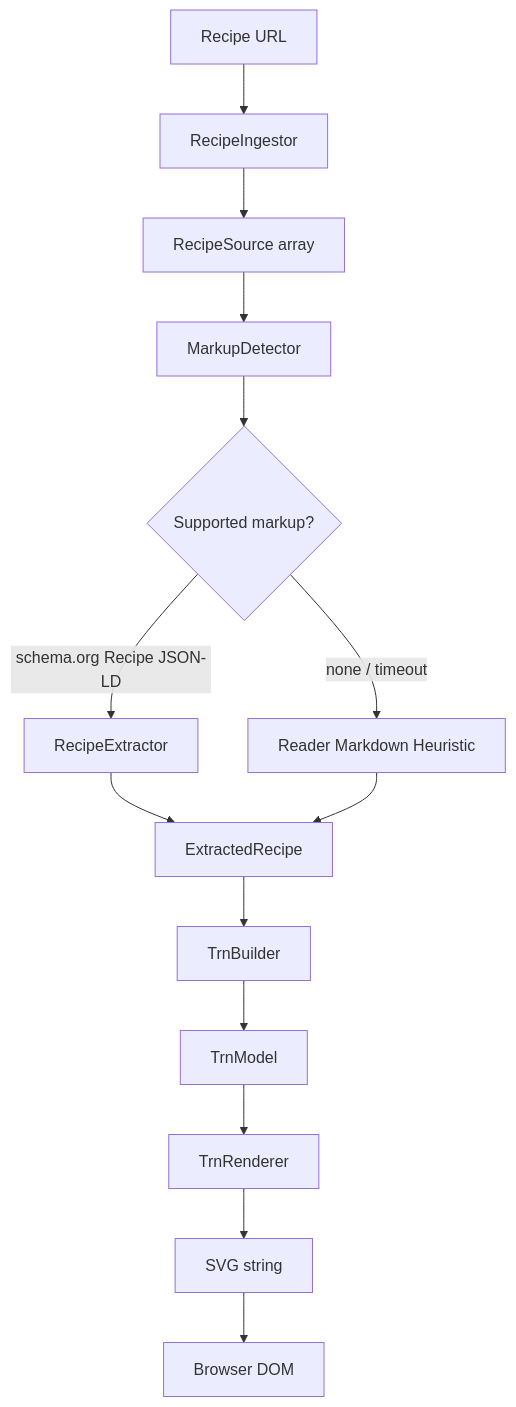
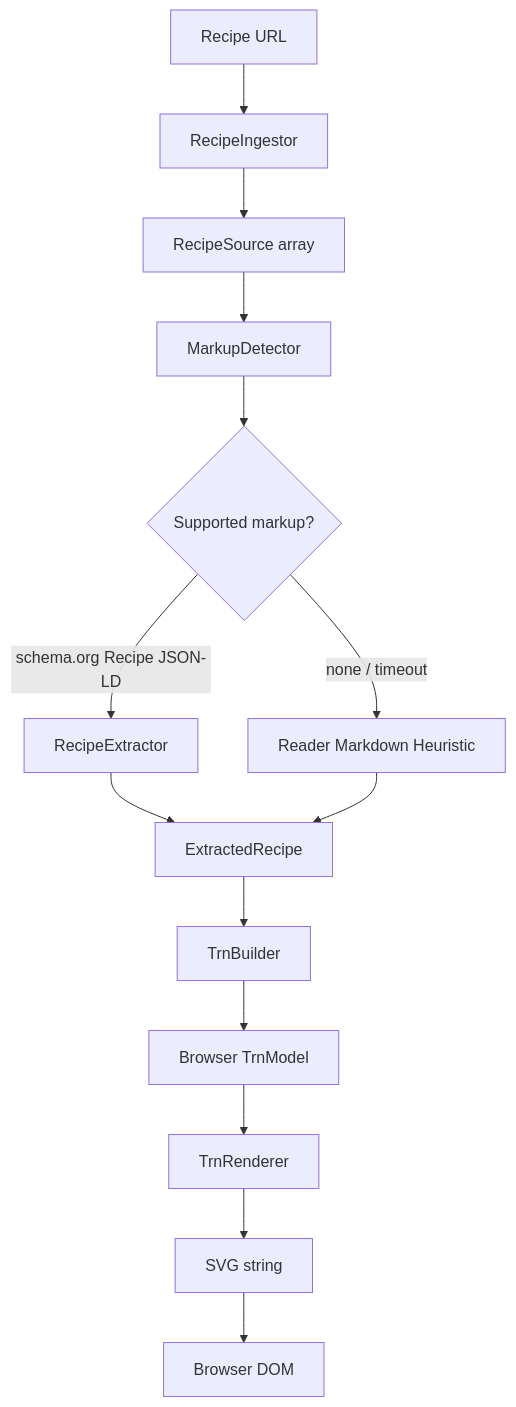
Before and after one commit to c2technology/prototype-tabular-recipe-notation: the second of 4 diagrams in docs/architecture.md, drawn with Mermaid. The commit also changed other lines of this file and 13 other files, not shown here.

````diff
--- a/docs/architecture.md
+++ b/docs/architecture.md
@@ -31,16 +52,16 @@
 ```mermaid
 flowchart TD
   A[Recipe URL] --> B[RecipeIngestor]
   B --> C[RecipeSource array]
   C --> D[MarkupDetector]
   D --> E{Supported markup?}
   E -->|schema.org Recipe JSON-LD| F[RecipeExtractor]
   E -->|none / timeout| G[Reader Markdown Heuristic]
   F --> H[ExtractedRecipe]
   G --> H
   H --> I[TrnBuilder]
-  I --> J[TrnModel]
+  I --> J[Browser TrnModel]
   J --> K[TrnRenderer]
   K --> L[SVG string]
   L --> M[Browser DOM]
 ```
````
